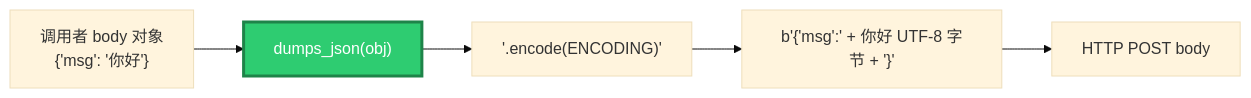
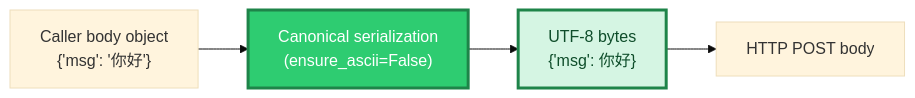
One commit to PassByYou888/LingoFuse changed the tenth of 20 diagrams in Py/lingofuse/Bridge_User_Guide.md. Above: the diagram before and after it, drawn with Mermaid (base theme). The commit also changed other lines of this file, not shown here.

````diff
--- a/Py/lingofuse/Bridge_User_Guide.md
+++ b/Py/lingofuse/Bridge_User_Guide.md
@@ -446,9 +484,9 @@
 ```mermaid
 flowchart LR
-    BodyObj["调用者 body 对象<br/>{'msg': '你好'}"] --> Dumps["dumps_json(obj)"]
-    Dumps --> UTF8["'.encode(ENCODING)'"]
-    UTF8 --> Bytes["b'{'msg':' + 你好 UTF-8 字节 + '}'"]
+    BodyObj["Caller body object<br/>{'msg': '你好'}"] --> Ser["Canonical serialization<br/>(ensure_ascii=False)"]
+    Ser --> Bytes["UTF-8 bytes<br/>{'msg': 你好}"]
     Bytes --> HTTP["HTTP POST body"]
 
-    style Dumps fill:#2ECC71,stroke:#1E8449,stroke-width:3px,color:#FFFFFF
+    style Ser fill:#2ECC71,stroke:#1E8449,stroke-width:3px,color:#FFFFFF
+    style Bytes fill:#D5F5E3,stroke:#1E8449,stroke-width:3px,color:#0E4D2A
 ```
````
